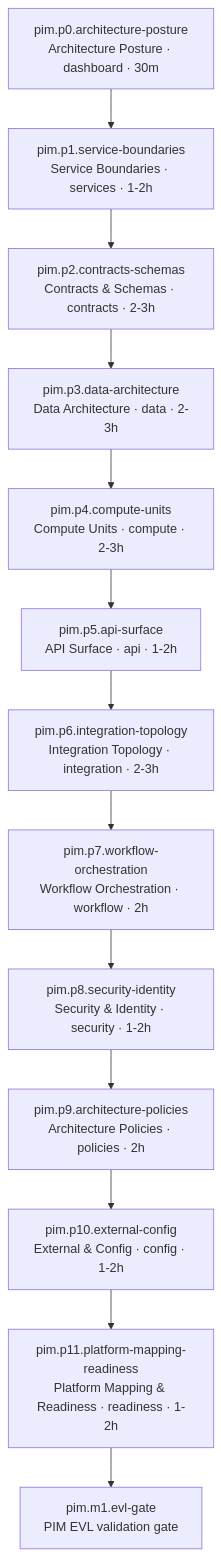
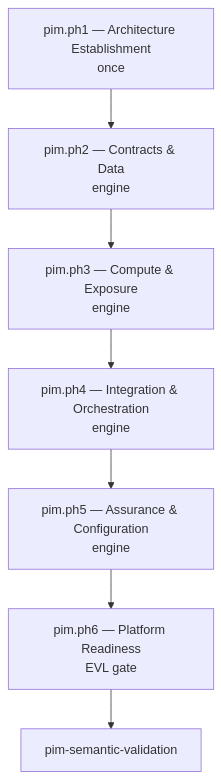
Before and after one commit to mehdieidi/modriss: the first of 3 diagrams in docs/diagrams/25-pim-methodology.md, drawn with Mermaid. The commit also changed other lines of this file and 65 other files, not shown here.

````diff
--- a/docs/diagrams/25-pim-methodology.md
+++ b/docs/diagrams/25-pim-methodology.md
@@ -9,18 +7,12 @@
 ```mermaid
 flowchart TB
-    p0["pim.p0.architecture-posture<br/>Architecture Posture · dashboard · 30m"]
-    p1["pim.p1.service-boundaries<br/>Service Boundaries · services · 1-2h"]
-    p2["pim.p2.contracts-schemas<br/>Contracts & Schemas · contracts · 2-3h"]
-    p3["pim.p3.data-architecture<br/>Data Architecture · data · 2-3h"]
-    p4["pim.p4.compute-units<br/>Compute Units · compute · 2-3h"]
-    p5["pim.p5.api-surface<br/>API Surface · api · 1-2h"]
-    p6["pim.p6.integration-topology<br/>Integration Topology · integration · 2-3h"]
-    p7["pim.p7.workflow-orchestration<br/>Workflow Orchestration · workflow · 2h"]
-    p8["pim.p8.security-identity<br/>Security & Identity · security · 1-2h"]
-    p9["pim.p9.architecture-policies<br/>Architecture Policies · policies · 2h"]
-    p10["pim.p10.external-config<br/>External & Config · config · 1-2h"]
-    p11["pim.p11.platform-mapping-readiness<br/>Platform Mapping & Readiness · readiness · 1-2h"]
-    gate["pim.m1.evl-gate<br/>PIM EVL validation gate"]
+    ph1["pim.ph1 — Architecture Establishment<br/>once"]
+    ph2["pim.ph2 — Contracts & Data<br/>engine"]
+    ph3["pim.ph3 — Compute & Exposure<br/>engine"]
+    ph4["pim.ph4 — Integration & Orchestration<br/>engine"]
+    ph5["pim.ph5 — Assurance & Configuration<br/>engine"]
+    ph6["pim.ph6 — Platform Readiness<br/>EVL gate"]
+    gate["pim-semantic-validation"]
 
-    p0 --> p1 --> p2 --> p3 --> p4 --> p5 --> p6 --> p7 --> p8 --> p9 --> p10 --> p11 --> gate
+    ph1 --> ph2 --> ph3 --> ph4 --> ph5 --> ph6 --> gate
 ```
````
